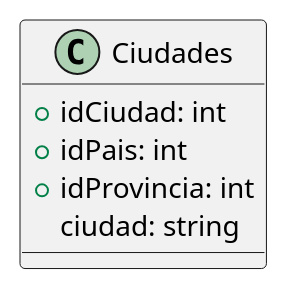
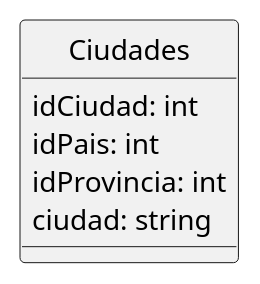
The diagram in DiagramaClases/Clases/Ciudades.puml (ZMGestion/DocumentacionZMGestion), drawn with PlantUML before and after one commit. The commit also changed 122 other files, not shown here.

```diff
--- a/DiagramaClases/Clases/Ciudades.puml
+++ b/DiagramaClases/Clases/Ciudades.puml
@@ -1,8 +1,9 @@
 @startuml Ciudades
+hide circle
 class Ciudades{
-    +idCiudad: int
-    +idPais: int
-    +idProvincia: int
+    idCiudad: int
+    idPais: int
+    idProvincia: int
     ciudad: string  
 }
 @enduml
```
